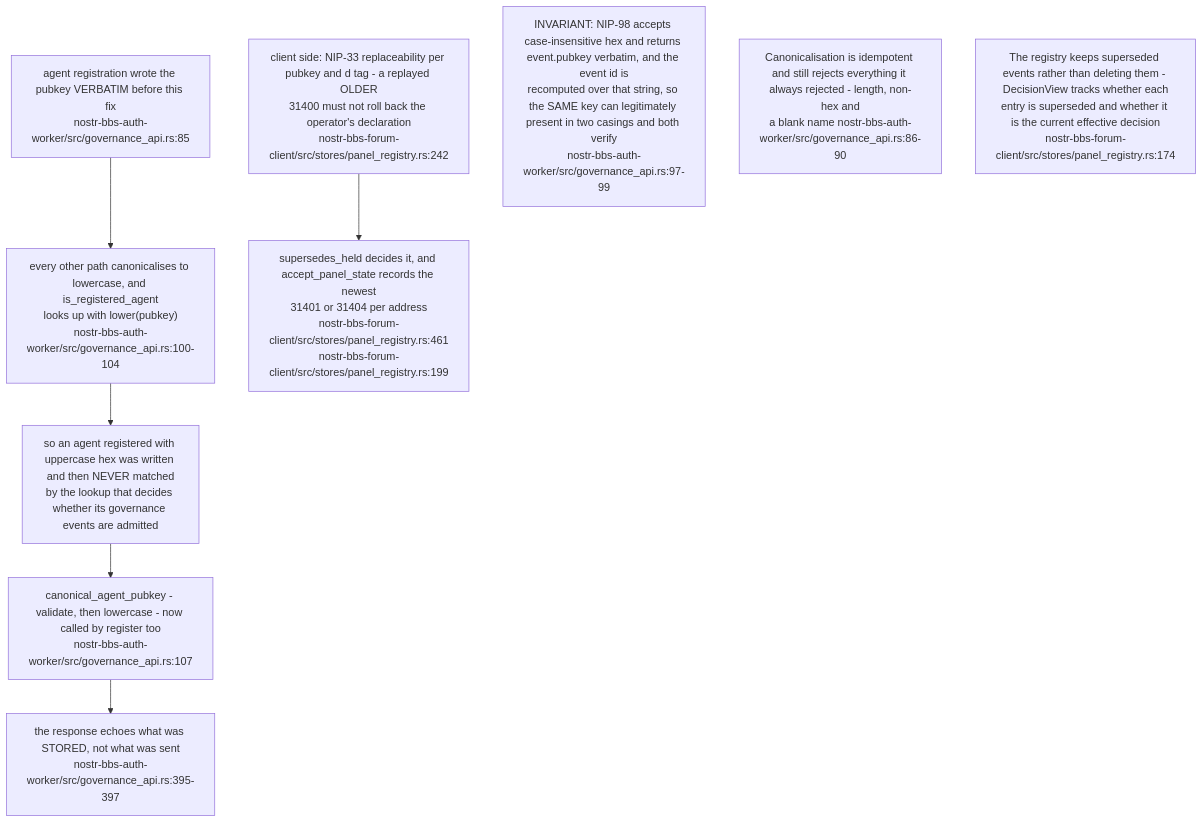
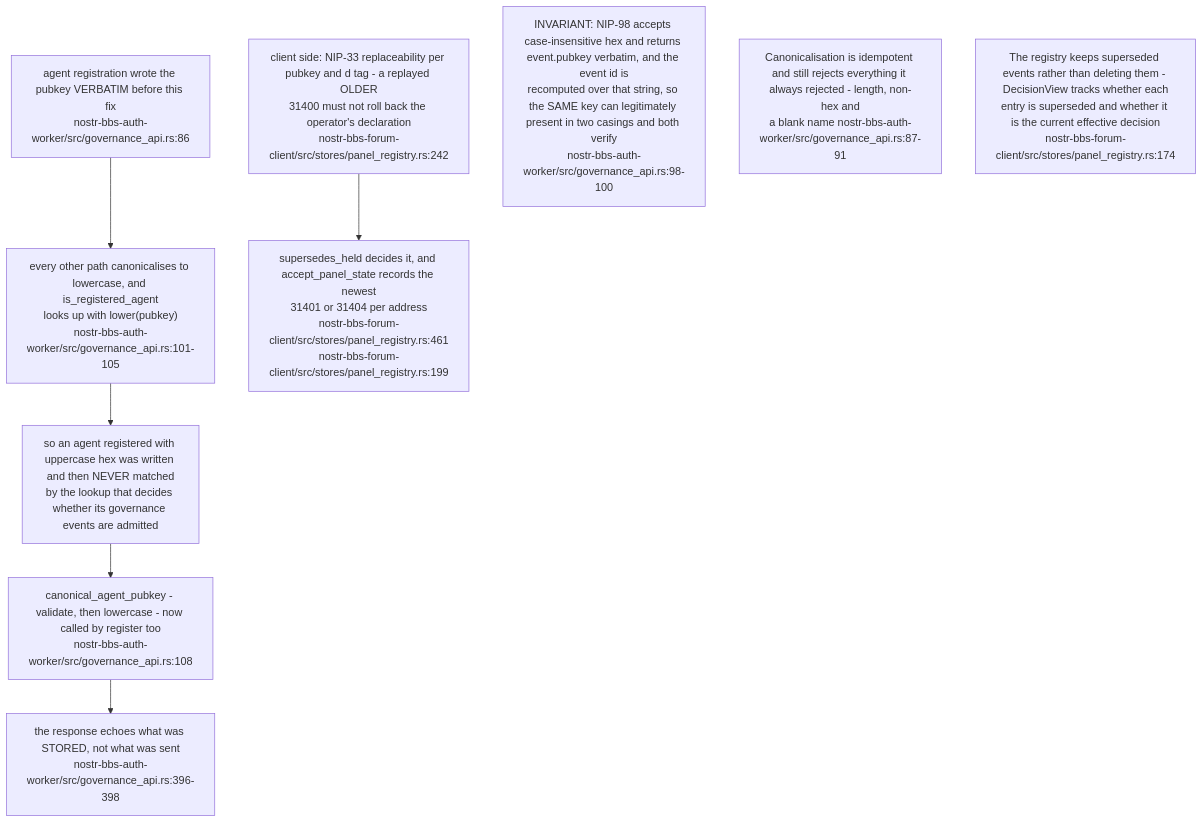
Before and after one commit to DreamLab-AI/VisionFlow: diagram 13 of 16 in docs/diagrams/nostr-rust-forum/06-agent-control-surface-31400-31405.md, drawn with Mermaid. The commit also changed other lines of this file and 31 other files, not shown here.

````diff
--- a/docs/diagrams/nostr-rust-forum/06-agent-control-surface-31400-31405.md
+++ b/docs/diagrams/nostr-rust-forum/06-agent-control-surface-31400-31405.md
@@ -363,17 +364,17 @@
 ```mermaid
 flowchart TB
-    REG["agent registration wrote the pubkey VERBATIM before this fix<br/>nostr-bbs-auth-worker/src/governance_api.rs:85"]
-    LOOK["every other path canonicalises to lowercase, and is_registered_agent<br/>looks up with lower(pubkey)<br/>nostr-bbs-auth-worker/src/governance_api.rs:100-104"]
+    REG["agent registration wrote the pubkey VERBATIM before this fix<br/>nostr-bbs-auth-worker/src/governance_api.rs:86"]
+    LOOK["every other path canonicalises to lowercase, and is_registered_agent<br/>looks up with lower(pubkey)<br/>nostr-bbs-auth-worker/src/governance_api.rs:101-105"]
     BUG["so an agent registered with uppercase hex was written and then NEVER matched<br/>by the lookup that decides whether its governance events are admitted"]
-    FIX["canonical_agent_pubkey - validate, then lowercase - now called by register too<br/>nostr-bbs-auth-worker/src/governance_api.rs:107"]
-    ECHO["the response echoes what was STORED, not what was sent<br/>nostr-bbs-auth-worker/src/governance_api.rs:395-397"]
+    FIX["canonical_agent_pubkey - validate, then lowercase - now called by register too<br/>nostr-bbs-auth-worker/src/governance_api.rs:108"]
+    ECHO["the response echoes what was STORED, not what was sent<br/>nostr-bbs-auth-worker/src/governance_api.rs:396-398"]
     NIP33["client side: NIP-33 replaceability per pubkey and d tag - a replayed OLDER<br/>31400 must not roll back the operator's declaration<br/>nostr-bbs-forum-client/src/stores/panel_registry.rs:242"]
     HELD["supersedes_held decides it, and accept_panel_state records the newest<br/>31401 or 31404 per address<br/>nostr-bbs-forum-client/src/stores/panel_registry.rs:461<br/>nostr-bbs-forum-client/src/stores/panel_registry.rs:199"]
 
     REG --> LOOK --> BUG --> FIX --> ECHO
     NIP33 --> HELD
 
-    N1["INVARIANT: NIP-98 accepts case-insensitive hex and returns event.pubkey verbatim, and the event id is<br/>recomputed over that string, so the SAME key can legitimately present in two casings and both verify<br/>nostr-bbs-auth-worker/src/governance_api.rs:97-99"]
-    N2["Canonicalisation is idempotent and still rejects everything it always rejected - length, non-hex and<br/>a blank name nostr-bbs-auth-worker/src/governance_api.rs:86-90"]
+    N1["INVARIANT: NIP-98 accepts case-insensitive hex and returns event.pubkey verbatim, and the event id is<br/>recomputed over that string, so the SAME key can legitimately present in two casings and both verify<br/>nostr-bbs-auth-worker/src/governance_api.rs:98-100"]
+    N2["Canonicalisation is idempotent and still rejects everything it always rejected - length, non-hex and<br/>a blank name nostr-bbs-auth-worker/src/governance_api.rs:87-91"]
     N3["The registry keeps superseded events rather than deleting them - DecisionView tracks whether each<br/>entry is superseded and whether it is the current effective decision<br/>nostr-bbs-forum-client/src/stores/panel_registry.rs:174"]
 ```
````
